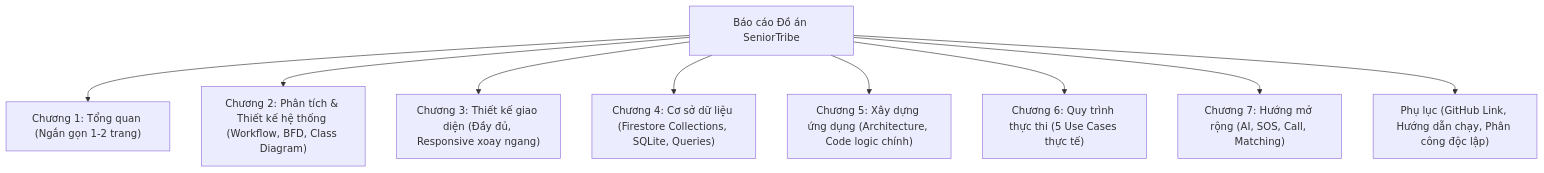
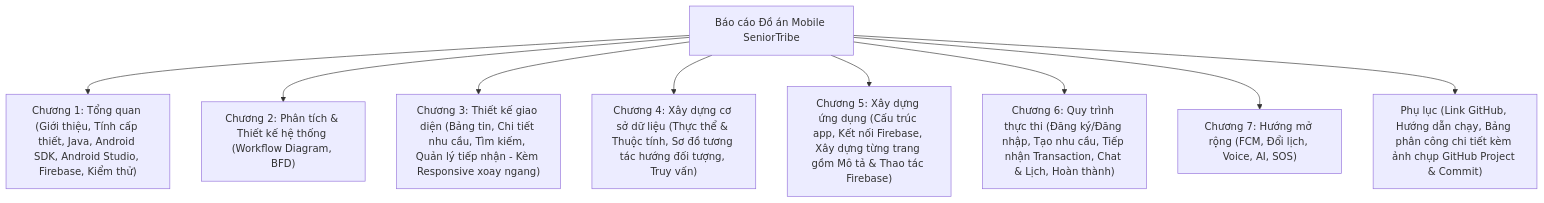
The first of 2 diagrams in KE_HOACH_BAO_CAO.md (nvm4nh/MOBILE-DEV-PROJECT), drawn with Mermaid before and after one commit. The commit also changed other lines of this file and 1 other file, not shown here.

Commit message:
docs: chuẩn hóa toàn bộ đề cương báo cáo theo đúng Mẫu Mau Do An - Mobile v2.docx

````diff
--- a/KE_HOACH_BAO_CAO.md
+++ b/KE_HOACH_BAO_CAO.md
@@ -41,11 +42,11 @@
 ```mermaid
 graph TD
-    A["Báo cáo Đồ án SeniorTribe"] --> C1["Chương 1: Tổng quan (Ngắn gọn 1-2 trang)"]
-    A --> C2["Chương 2: Phân tích & Thiết kế hệ thống (Workflow, BFD, Class Diagram)"]
-    A --> C3["Chương 3: Thiết kế giao diện (Đầy đủ, Responsive xoay ngang)"]
-    A --> C4["Chương 4: Cơ sở dữ liệu (Firestore Collections, SQLite, Queries)"]
-    A --> C5["Chương 5: Xây dựng ứng dụng (Architecture, Code logic chính)"]
-    A --> C6["Chương 6: Quy trình thực thi (5 Use Cases thực tế)"]
-    A --> C7["Chương 7: Hướng mở rộng (AI, SOS, Call, Matching)"]
-    A --> AP["Phụ lục (GitHub Link, Hướng dẫn chạy, Phân công độc lập)"]
+    A["Báo cáo Đồ án Mobile SeniorTribe"] --> C1["Chương 1: Tổng quan (Giới thiệu, Tính cấp thiết, Java, Android SDK, Android Studio, Firebase, Kiểm thử)"]
+    A --> C2["Chương 2: Phân tích & Thiết kế hệ thống (Workflow Diagram, BFD)"]
+    A --> C3["Chương 3: Thiết kế giao diện (Bảng tin, Chi tiết nhu cầu, Tìm kiếm, Quản lý tiếp nhận - Kèm Responsive xoay ngang)"]
+    A --> C4["Chương 4: Xây dựng cơ sở dữ liệu (Thực thể & Thuộc tính, Sơ đồ tương tác hướng đối tượng, Truy vấn)"]
+    A --> C5["Chương 5: Xây dựng ứng dụng (Cấu trúc app, Kết nối Firebase, Xây dựng từng trang gồm Mô tả & Thao tác Firebase)"]
+    A --> C6["Chương 6: Quy trình thực thi (Đăng ký/Đăng nhập, Tạo nhu cầu, Tiếp nhận Transaction, Chat & Lịch, Hoàn thành)"]
+    A --> C7["Chương 7: Hướng mở rộng (FCM, Đổi lịch, Voice, AI, SOS)"]
+    A --> AP["Phụ lục (Link GitHub, Hướng dẫn chạy, Bảng phân công chi tiết kèm ảnh chụp GitHub Project & Commit)"]
 ```
````
